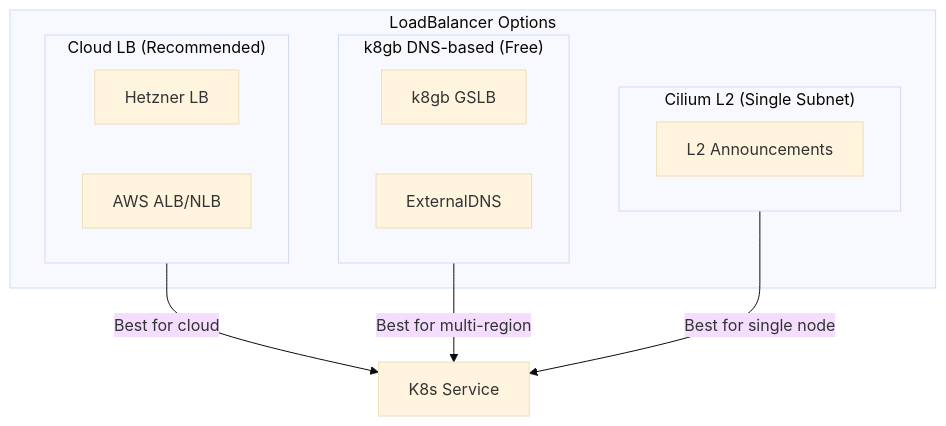
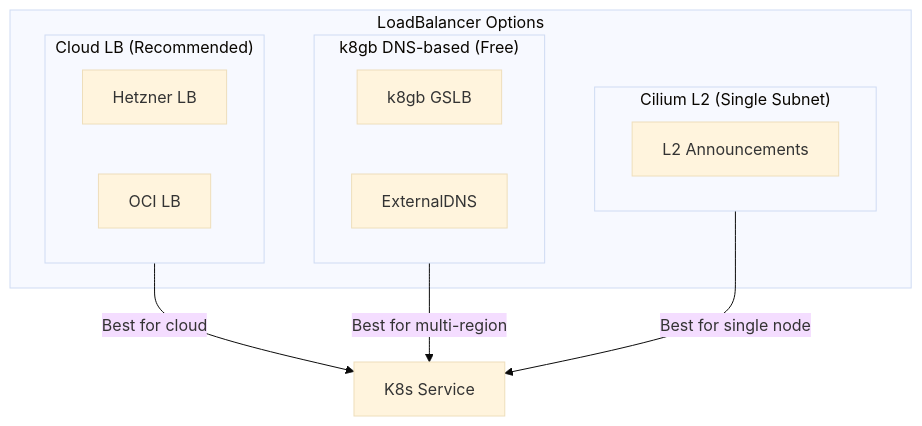
The second of 2 diagrams in docs/ADR-CNI-CILIUM-EBPF.md (openova-io/cilium), drawn with Mermaid (base theme) before and after one commit. The commit also changed other lines of this file and 1 other file, not shown here.

````diff
--- a/docs/ADR-CNI-CILIUM-EBPF.md
+++ b/docs/ADR-CNI-CILIUM-EBPF.md
@@ -100,22 +139,22 @@
 ```mermaid
 flowchart TB
     subgraph Options["LoadBalancer Options"]
         subgraph CloudLB["Cloud LB (Recommended)"]
             HetznerLB[Hetzner LB]
-            AWSLB[AWS ALB/NLB]
+            OCILB[OCI LB]
         end
 
         subgraph K8gbLB["k8gb DNS-based (Free)"]
             K8gb[k8gb GSLB]
             ExternalDNS[ExternalDNS]
         end
 
         subgraph CiliumLB["Cilium L2 (Single Subnet)"]
             L2[L2 Announcements]
         end
     end
 
     CloudLB -->|"Best for cloud"| Service[K8s Service]
     K8gbLB -->|"Best for multi-region"| Service
     CiliumLB -->|"Best for single node"| Service
 ```
````
